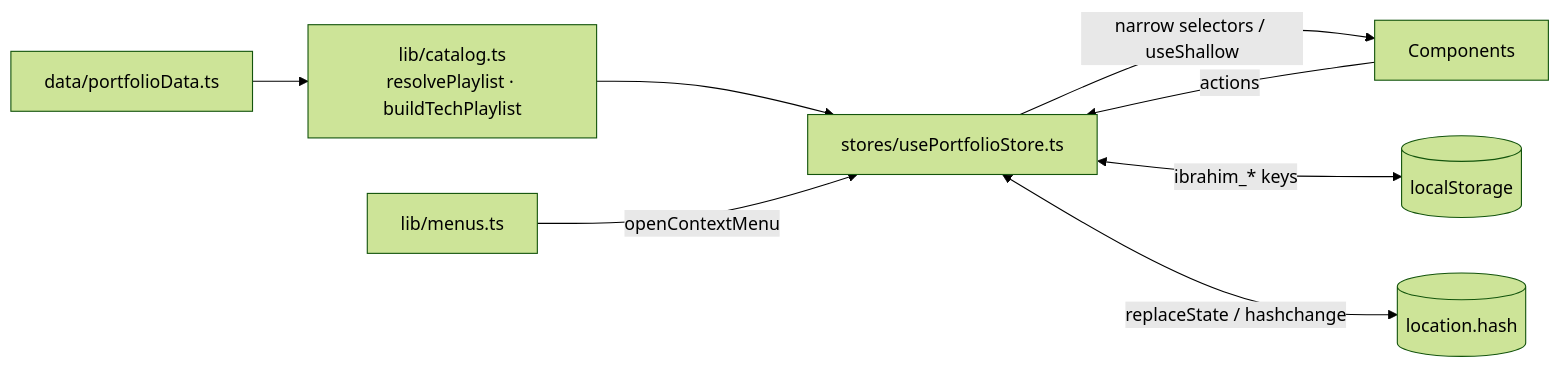
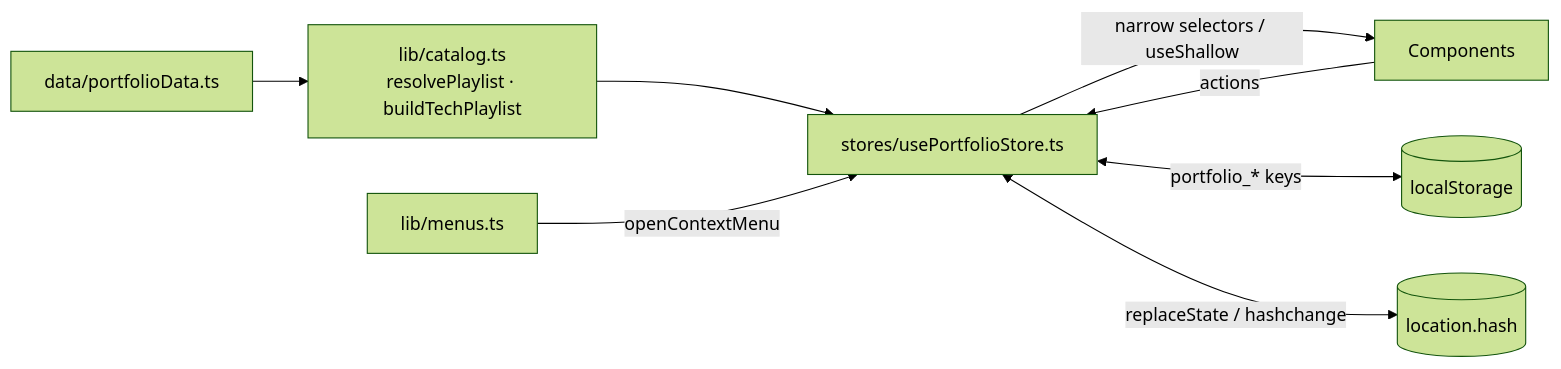
One commit to mibrahimm1/ibrahim-portfolio-spotify changed the second of 2 diagrams in docs/improvements/05-architecture.md. Above: the diagram before and after it, drawn with Mermaid (forest theme). The commit also changed other lines of this file and 43 other files, not shown here.

````diff
--- a/docs/improvements/05-architecture.md
+++ b/docs/improvements/05-architecture.md
@@ -33,10 +33,10 @@
 ```mermaid
 graph LR
   Data[data/portfolioData.ts] --> Catalog[lib/catalog.ts<br/>resolvePlaylist · buildTechPlaylist]
   Catalog --> Store[stores/usePortfolioStore.ts]
   Store -->|narrow selectors / useShallow| UI[Components]
   UI -->|actions| Store
-  Store <-->|ibrahim_* keys| LS[(localStorage)]
+  Store <-->|portfolio_* keys| LS[(localStorage)]
   Store <-->|replaceState / hashchange| URL[(location.hash)]
   Menus[lib/menus.ts] -->|openContextMenu| Store
 ```
````
